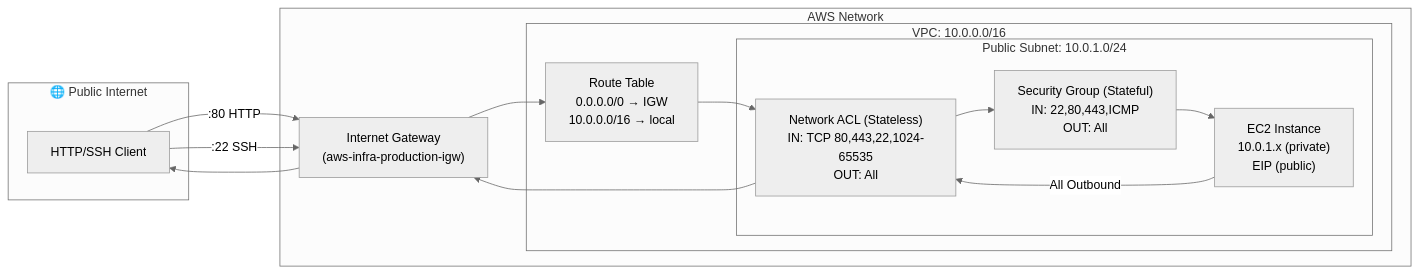
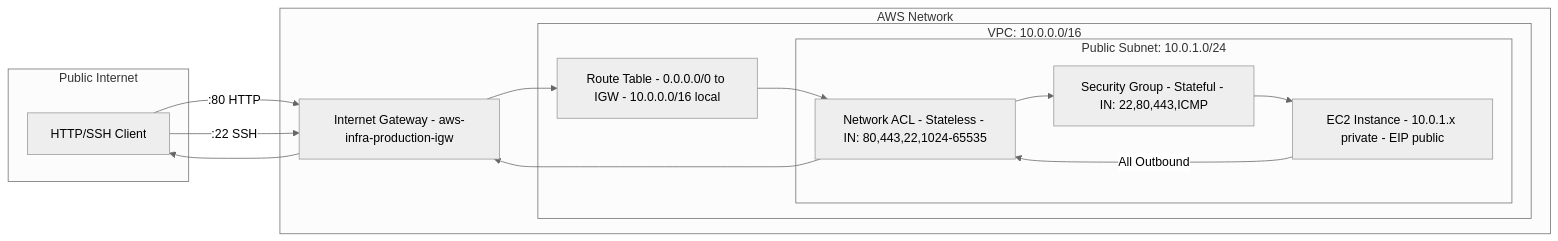
One commit to anandd46/Terraform-AWS-Infrastructure---Production-Style-VPC-EC2-S3-Deployment changed the third of 7 diagrams in README.md. Above: the diagram before and after it, drawn with Mermaid (neutral theme). The commit also changed other lines of this file, not shown here.

````diff
--- a/README.md
+++ b/README.md
@@ -298,28 +298,28 @@
 ```mermaid
 graph LR
-    subgraph Internet["🌐 Public Internet"]
+    subgraph Internet["Public Internet"]
         CLIENT[HTTP/SSH Client]
     end
 
     subgraph AWS_Network["AWS Network"]
-        IGW["Internet Gateway\n(aws-infra-production-igw)"]
+        IGW[Internet Gateway - aws-infra-production-igw]
 
         subgraph VPC["VPC: 10.0.0.0/16"]
-            RT["Route Table\n0.0.0.0/0 → IGW\n10.0.0.0/16 → local"]
+            RT[Route Table - 0.0.0.0/0 to IGW - 10.0.0.0/16 local]
 
             subgraph PublicSubnet["Public Subnet: 10.0.1.0/24"]
-                NACL["Network ACL (Stateless)\nIN: TCP 80,443,22,1024-65535\nOUT: All"]
-                SG["Security Group (Stateful)\nIN: 22,80,443,ICMP\nOUT: All"]
-                EC2["EC2 Instance\n10.0.1.x (private)\nEIP (public)"]
+                NACL[Network ACL - Stateless - IN: 80,443,22,1024-65535]
+                SG[Security Group - Stateful - IN: 22,80,443,ICMP]
+                EC2[EC2 Instance - 10.0.1.x private - EIP public]
             end
         end
     end
 
-    CLIENT -->|:80 HTTP| IGW
-    CLIENT -->|:22 SSH| IGW
+    CLIENT -->|":80 HTTP"| IGW
+    CLIENT -->|":22 SSH"| IGW
     IGW --> RT
     RT --> NACL
     NACL --> SG
     SG --> EC2
     EC2 -->|All Outbound| NACL --> IGW --> CLIENT
 ```
````
